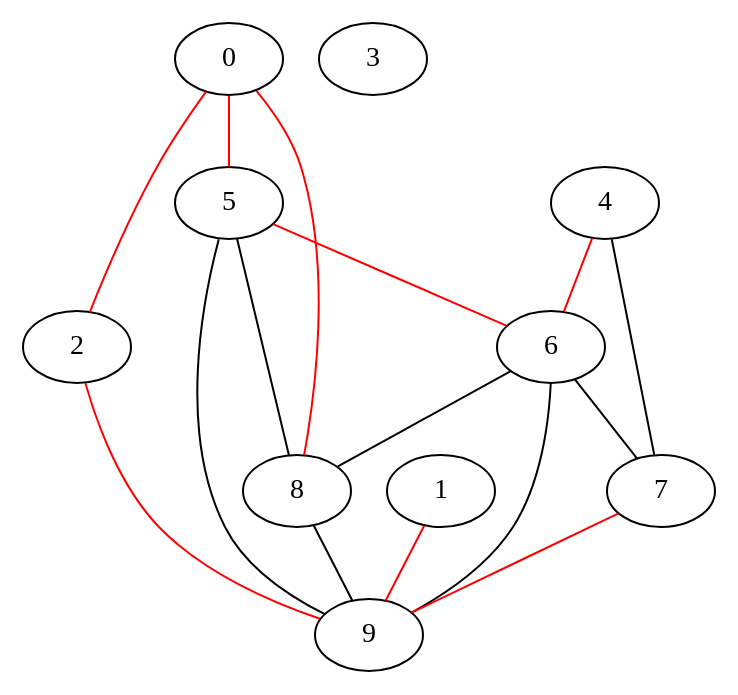
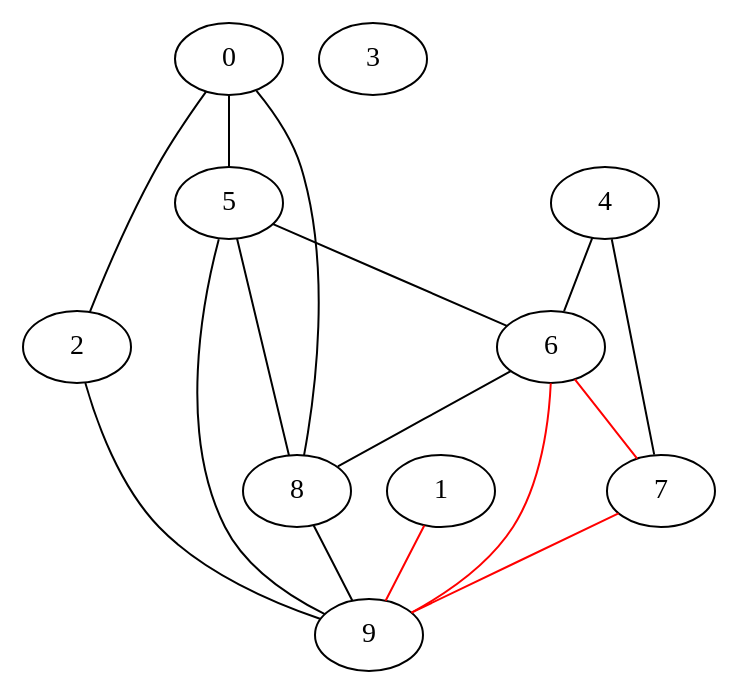
One commit to amitkvikram/CS2100 changed the diagram in week4/four.dot. Above: the diagram before and after it, drawn with Graphviz. The commit also changed 7 other files, not shown here.

```diff
--- a/week4/four.dot
+++ b/week4/four.dot
@@ -1,19 +1,19 @@
 graph four{
-	0 -- 2[color=red];
-	0 -- 5[color=red];
-	0 -- 8[color=red];
+	0 -- 2;
+	0 -- 5;
+	0 -- 8;
 	1 -- 9[color=red];
-	2 -- 9[color=red];
+	2 -- 9;
 	3;
-	4 -- 6[color=red];
+	4 -- 6;
 	4 -- 7;
-	5 -- 6[color=red];
+	5 -- 6;
 	5 -- 8;
 	5 -- 9;
-	6 -- 7;
+	6 -- 7[color=red];
 	6 -- 8;
-	6 -- 9;
+	6 -- 9[color=red];
 	7 -- 9[color=red];
 	8 -- 9;
 	9
 }
```
